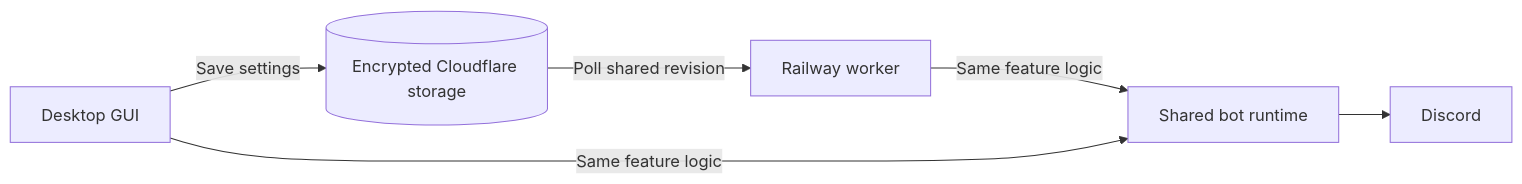
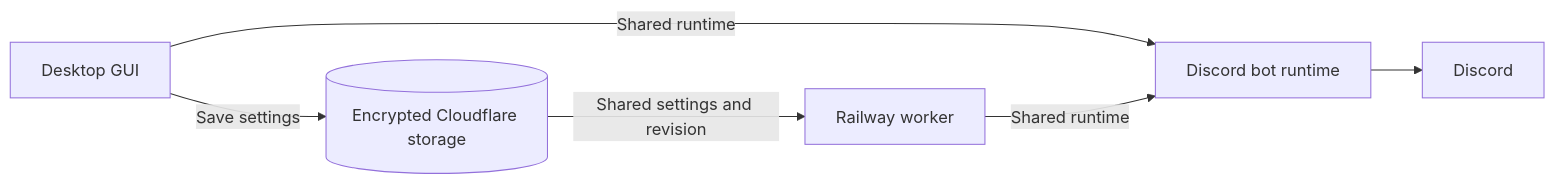
Before and after one commit to kakarotbd/META-BOT: the diagram in README.md, drawn with Mermaid. The commit also changed other lines of this file, not shown here.

````diff
--- a/README.md
+++ b/README.md
@@ -48,8 +69,8 @@
 ```mermaid
 flowchart LR
-    GUI[Desktop GUI] -->|Save settings| CF[(Encrypted Cloudflare storage)]
-    CF -->|Poll shared revision| WORKER[Railway worker]
-    WORKER -->|Same feature logic| CORE[Shared bot runtime]
-    GUI -->|Same feature logic| CORE
+    GUI[Desktop GUI] -->|Save settings| STORE[(Encrypted Cloudflare storage)]
+    STORE -->|Shared settings and revision| WORKER[Railway worker]
+    GUI -->|Shared runtime| CORE[Discord bot runtime]
+    WORKER -->|Shared runtime| CORE
     CORE --> DISCORD[Discord]
 ```
````
